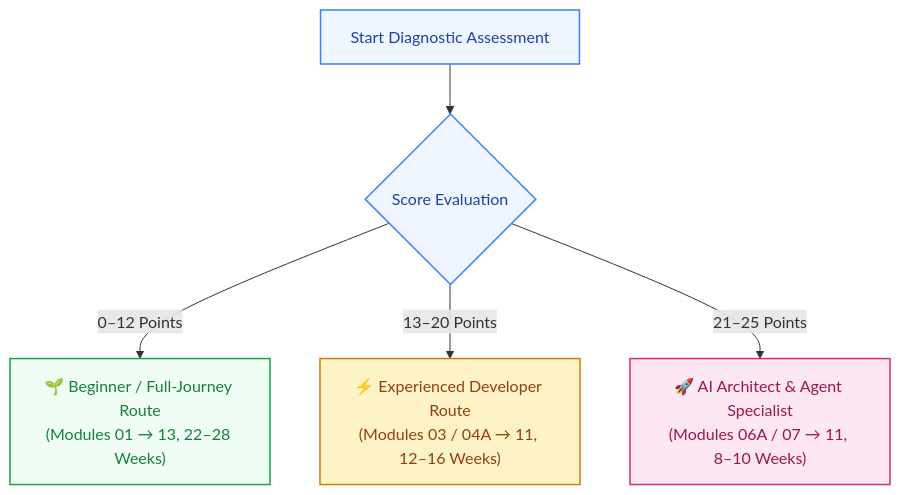
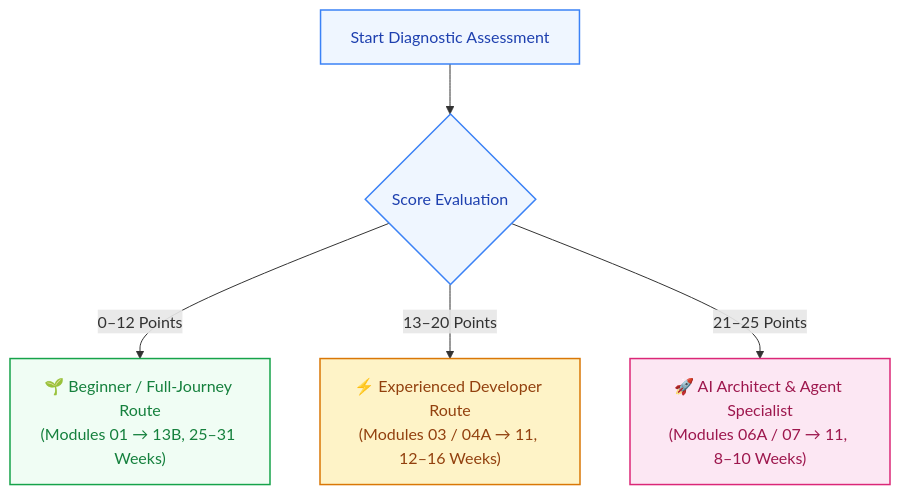
One commit to FirdowsRahaman/agentic-ai-and-ml-roadmap changed the diagram in docs/assessment-guide.md. Above: the diagram before and after it, drawn with Mermaid. The commit also changed other lines of this file and 37 other files, not shown here.

````diff
--- a/docs/assessment-guide.md
+++ b/docs/assessment-guide.md
@@ -13,17 +13,17 @@
 ```mermaid
 flowchart TD
     START["Start Diagnostic Assessment"] --> EVAL{"Score Evaluation"}
-    EVAL -->|"0–12 Points"| ROUTE_A["🌱 Beginner / Full-Journey Route<br/>(Modules 01 → 13, 22–28 Weeks)"]
+    EVAL -->|"0–12 Points"| ROUTE_A["🌱 Beginner / Full-Journey Route<br/>(Modules 01 → 13B, 25–31 Weeks)"]
     EVAL -->|"13–20 Points"| ROUTE_B["⚡ Experienced Developer Route<br/>(Modules 03 / 04A → 11, 12–16 Weeks)"]
     EVAL -->|"21–25 Points"| ROUTE_C["🚀 AI Architect & Agent Specialist<br/>(Modules 06A / 07 → 11, 8–10 Weeks)"]
 
     classDef q fill:#EFF6FF,stroke:#3B82F6,stroke-width:1.5px,color:#1E40AF;
     classDef a fill:#F0FDF4,stroke:#16A34A,stroke-width:1.5px,color:#15803D;
     classDef b fill:#FEF3C7,stroke:#D97706,stroke-width:1.5px,color:#92400E;
     classDef c fill:#FCE7F3,stroke:#DB2777,stroke-width:1.5px,color:#9D174D;
 
     class START,EVAL q;
     class ROUTE_A a;
     class ROUTE_B b;
     class ROUTE_C c;
 ```
````
